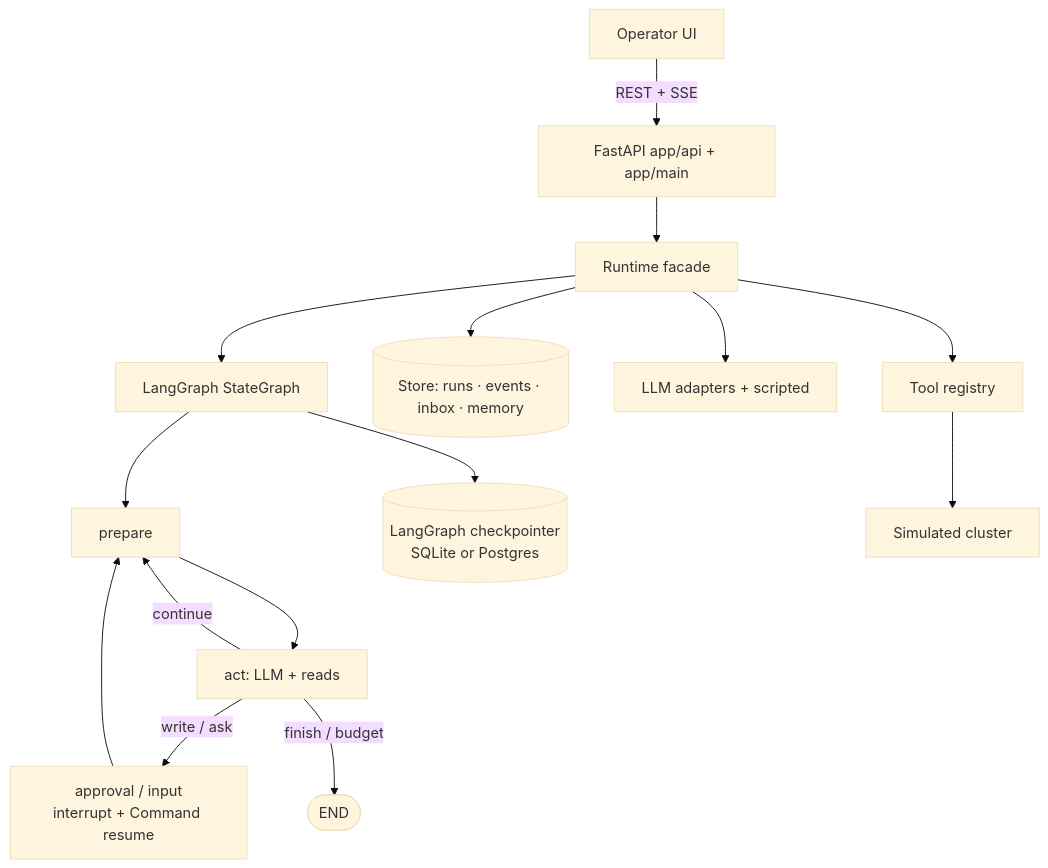
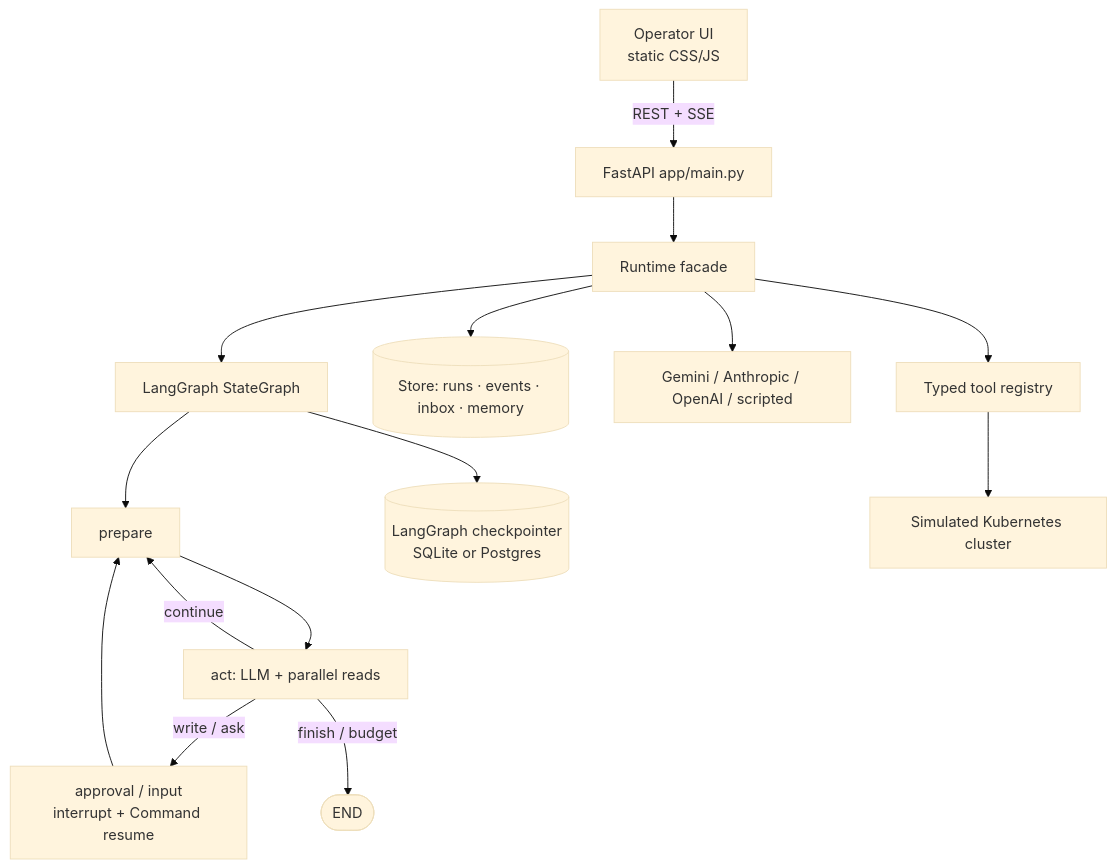
The diagram in README.md (Zulfiqar7862/incident-triage-agent), drawn with Mermaid (base theme) before and after one commit. The commit also changed other lines of this file and 9 other files, not shown here.

````diff
--- a/README.md
+++ b/README.md
@@ -34,17 +19,17 @@
 ```mermaid
 flowchart TD
-  UI[Operator UI] -->|REST + SSE| API[FastAPI app/api + app/main]
+  UI[Operator UI<br/>static CSS/JS] -->|REST + SSE| API[FastAPI app/main.py]
   API --> RT[Runtime facade]
   RT --> LG[LangGraph StateGraph]
   LG --> P[prepare]
-  P --> A[act: LLM + reads]
+  P --> A[act: LLM + parallel reads]
   A -->|write / ask| G[approval / input<br/>interrupt + Command resume]
   A -->|continue| P
   G --> P
   A -->|finish / budget| END([END])
   LG --> CP[(LangGraph checkpointer<br/>SQLite or Postgres)]
   RT --> Store[(Store: runs · events · inbox · memory)]
-  RT --> LLM[LLM adapters + scripted]
-  RT --> Tools[Tool registry]
-  Tools --> Sim[Simulated cluster]
+  RT --> LLM[Gemini / Anthropic / OpenAI / scripted]
+  RT --> Tools[Typed tool registry]
+  Tools --> Sim[Simulated Kubernetes cluster]
 ```
````
